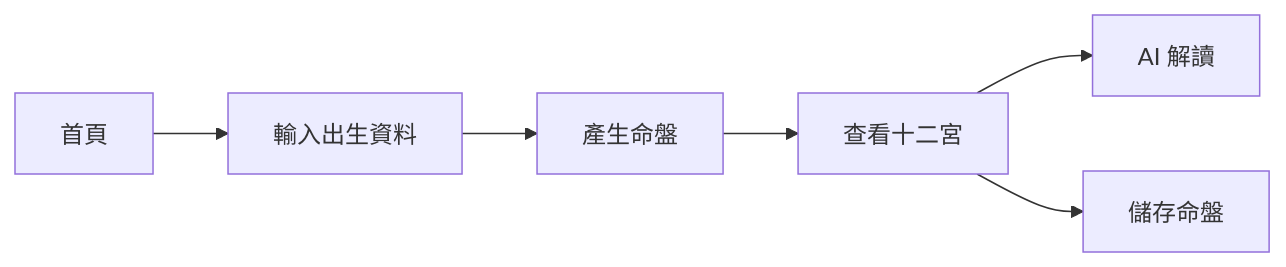
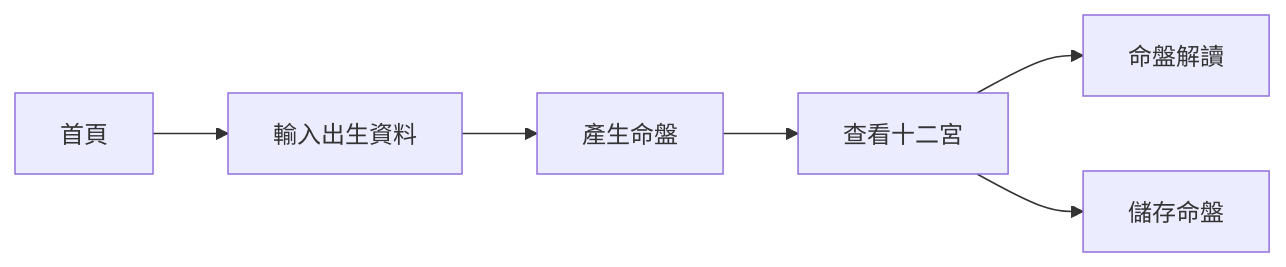
Before and after one commit to narumiruna/mighty-zi-wei: the second of 5 diagrams in PRODUCT.md, drawn with Mermaid. The commit also changed other lines of this file, not shown here.

````diff
--- a/PRODUCT.md
+++ b/PRODUCT.md
@@ -145,15 +159,15 @@
 ```mermaid
 flowchart LR
     A["首頁"]
     B["輸入出生資料"]
     C["產生命盤"]
     D["查看十二宮"]
-    E["AI 解讀"]
+    E["命盤解讀"]
     F["儲存命盤"]
 
     A --> B
     B --> C
     C --> D
     D --> E
     D --> F
 ```
````
